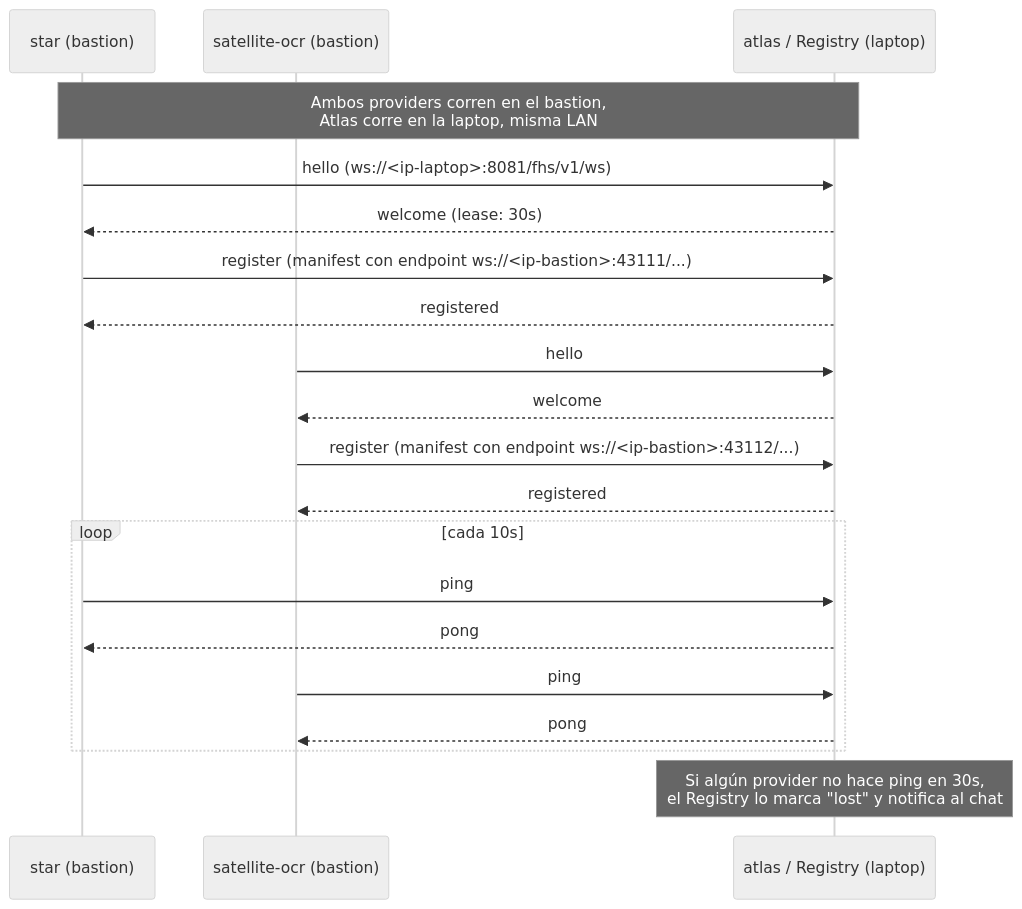
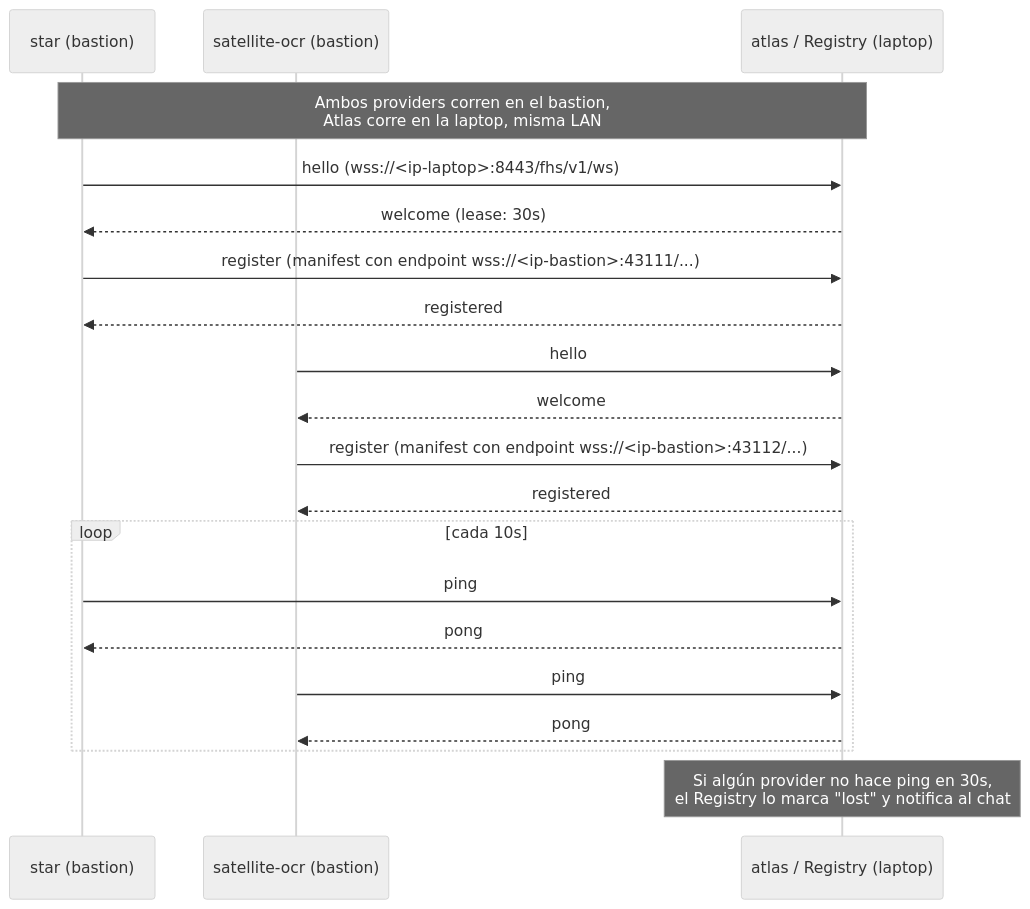
One commit to rafex/galaxIA changed the second of 2 diagrams in docs/despliegue-multi-host.md. Above: the diagram before and after it, drawn with Mermaid (neutral theme). The commit also changed other lines of this file and 13 other files, not shown here.

First line of the commit message:
chore(protocol): mandar WSS obligatorio en todo el protocolo FHS

````diff
--- a/docs/despliegue-multi-host.md
+++ b/docs/despliegue-multi-host.md
@@ -105,27 +105,27 @@
 ```mermaid
 sequenceDiagram
     participant LP as star (bastion)
     participant OP as satellite-ocr (bastion)
     participant REG as atlas / Registry (laptop)
 
     Note over LP,REG: Ambos providers corren en el bastion,<br/>Atlas corre en la laptop, misma LAN
 
-    LP->>REG: hello (ws://<ip-laptop>:8081/fhs/v1/ws)
+    LP->>REG: hello (wss://<ip-laptop>:8443/fhs/v1/ws)
     REG-->>LP: welcome (lease: 30s)
-    LP->>REG: register (manifest con endpoint ws://<ip-bastion>:43111/...)
+    LP->>REG: register (manifest con endpoint wss://<ip-bastion>:43111/...)
     REG-->>LP: registered
 
     OP->>REG: hello
     REG-->>OP: welcome
-    OP->>REG: register (manifest con endpoint ws://<ip-bastion>:43112/...)
+    OP->>REG: register (manifest con endpoint wss://<ip-bastion>:43112/...)
     REG-->>OP: registered
 
     loop cada 10s
         LP->>REG: ping
         REG-->>LP: pong
         OP->>REG: ping
         REG-->>OP: pong
     end
 
     Note over REG: Si algún provider no hace ping en 30s,<br/>el Registry lo marca "lost" y notifica al chat
 ```
````
